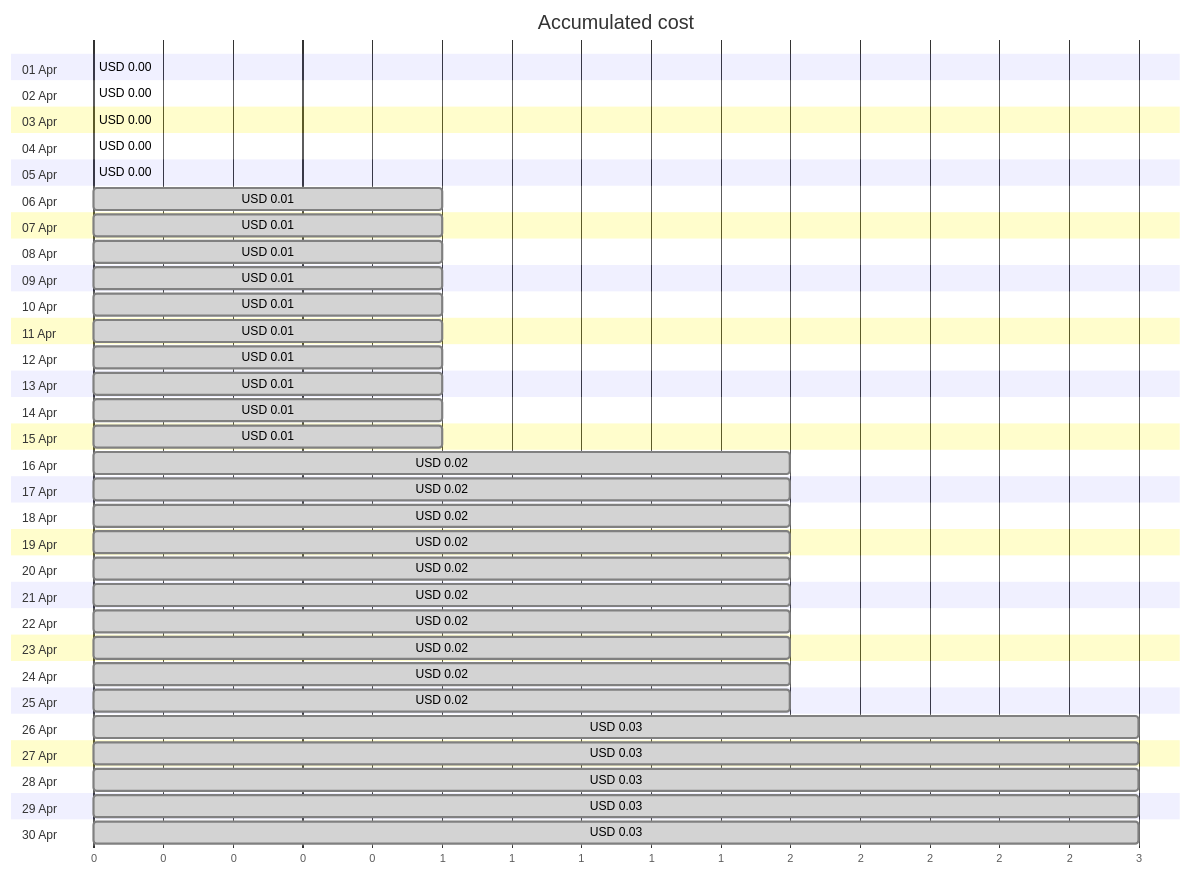
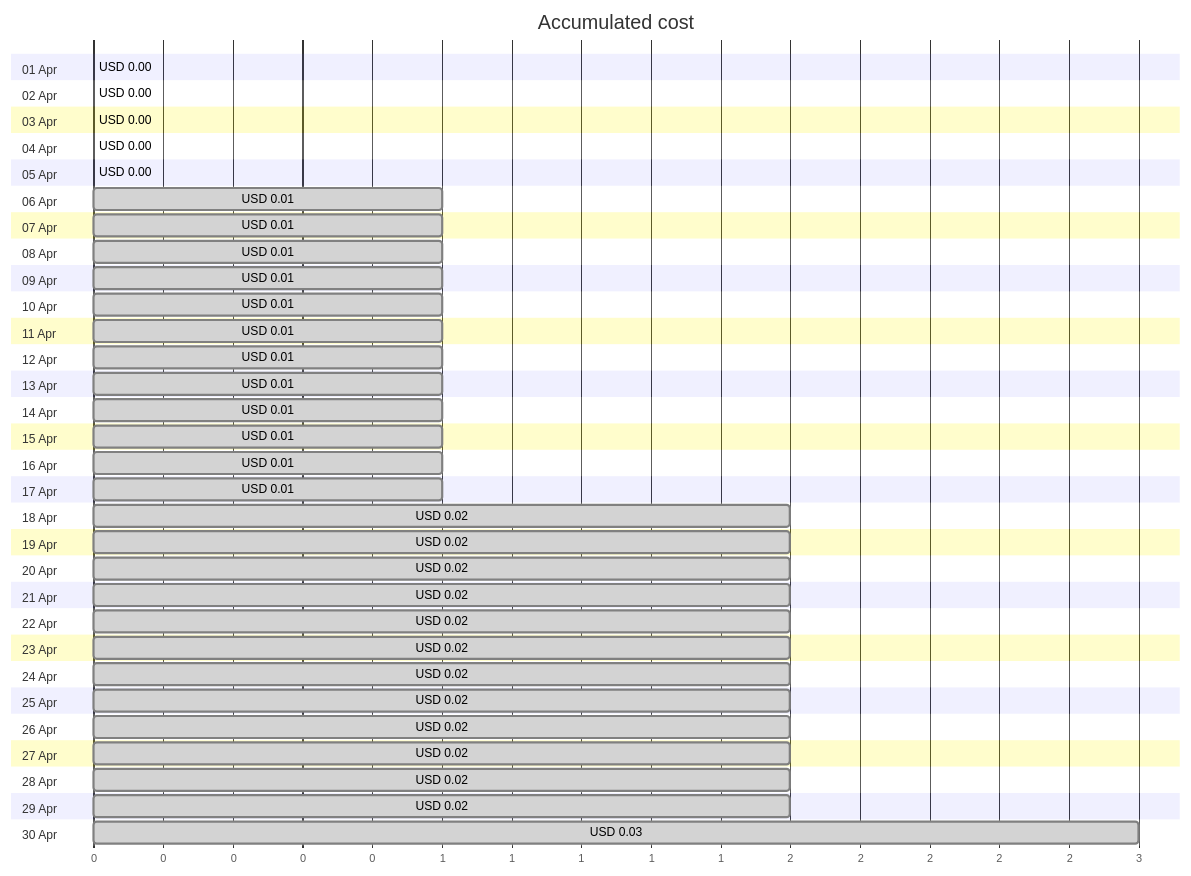
One commit to jpfulton/azure-personal-reports changed the first of 4 diagrams in cost-reports/personal-site/personalsiteapipreview.md. Above: the diagram before and after it, drawn with Mermaid. The commit also changed other lines of this file and 7 other files, not shown here.

````diff
--- a/cost-reports/personal-site/personalsiteapipreview.md
+++ b/cost-reports/personal-site/personalsiteapipreview.md
@@ -20,66 +20,66 @@
 ```mermaid
 gantt
    title Accumulated cost
    dateFormat  X
    axisFormat %s
    section 01 Apr
    USD 0.00 :0, 0
    section 02 Apr
    USD 0.00 :0, 0
    section 03 Apr
    USD 0.00 :0, 0
    section 04 Apr
    USD 0.00 :0, 0
    section 05 Apr
    USD 0.00 : done, 0, 0
    section 06 Apr
    USD 0.01 : done, 0, 1
    section 07 Apr
    USD 0.01 : done, 0, 1
    section 08 Apr
    USD 0.01 : done, 0, 1
    section 09 Apr
    USD 0.01 : done, 0, 1
    section 10 Apr
    USD 0.01 : done, 0, 1
    section 11 Apr
    USD 0.01 : done, 0, 1
    section 12 Apr
    USD 0.01 : done, 0, 1
    section 13 Apr
    USD 0.01 : done, 0, 1
    section 14 Apr
    USD 0.01 : done, 0, 1
    section 15 Apr
    USD 0.01 : done, 0, 1
    section 16 Apr
-   USD 0.02 : done, 0, 2
+   USD 0.01 : done, 0, 1
    section 17 Apr
-   USD 0.02 : done, 0, 2
+   USD 0.01 : done, 0, 1
    section 18 Apr
    USD 0.02 : done, 0, 2
    section 19 Apr
    USD 0.02 : done, 0, 2
    section 20 Apr
    USD 0.02 : done, 0, 2
    section 21 Apr
    USD 0.02 : done, 0, 2
    section 22 Apr
    USD 0.02 : done, 0, 2
    section 23 Apr
    USD 0.02 : done, 0, 2
    section 24 Apr
    USD 0.02 : done, 0, 2
    section 25 Apr
    USD 0.02 : done, 0, 2
    section 26 Apr
-   USD 0.03 : done, 0, 3
+   USD 0.02 : done, 0, 2
    section 27 Apr
-   USD 0.03 : done, 0, 3
+   USD 0.02 : done, 0, 2
    section 28 Apr
-   USD 0.03 : done, 0, 3
+   USD 0.02 : done, 0, 2
    section 29 Apr
-   USD 0.03 : done, 0, 3
+   USD 0.02 : done, 0, 2
    section 30 Apr
    USD 0.03 : done, 0, 3
 ```
````
